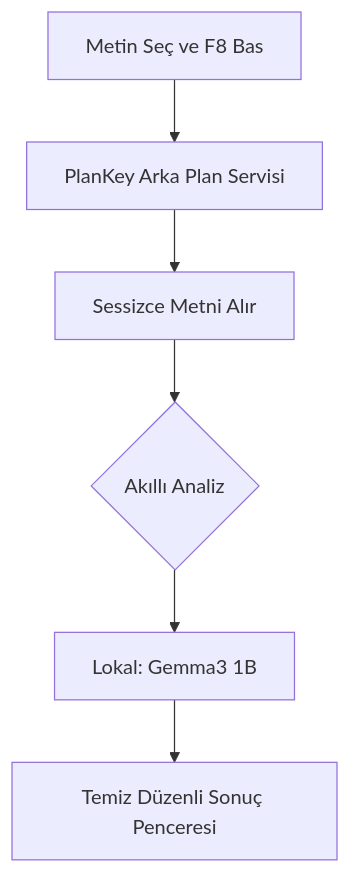
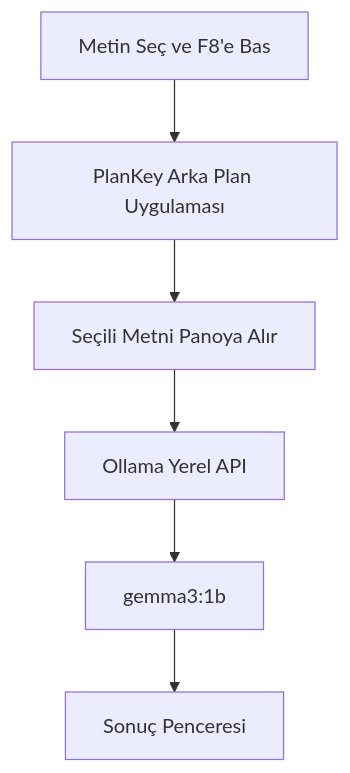
Before and after one commit to bessar2004/-PlanKey-: the diagram in README.md, drawn with Mermaid. The commit also changed other lines of this file and 4 other files, not shown here.

````diff
--- a/README.md
+++ b/README.md
@@ -38,8 +117,8 @@
 ```mermaid
 graph TD
-    Sen["Metin Seç ve F8 Bas"] --> Asistan["PlanKey Arka Plan Servisi"]
-    Asistan --> Kopyalama["Sessizce Metni Alır"]
-    Kopyalama --> YapayZeka{"Akıllı Analiz"}
-    YapayZeka --> Model["Lokal: Gemma3 1B"]
-    Model --> EkranaYansit["Temiz Düzenli Sonuç Penceresi"]
+    Sen["Metin Seç ve F8'e Bas"] --> PlanKey["PlanKey Arka Plan Uygulaması"]
+    PlanKey --> Kopyalama["Seçili Metni Panoya Alır"]
+    Kopyalama --> Ollama["Ollama Yerel API"]
+    Ollama --> Model["gemma3:1b"]
+    Model --> Sonuc["Sonuç Penceresi"]
 ```
````
